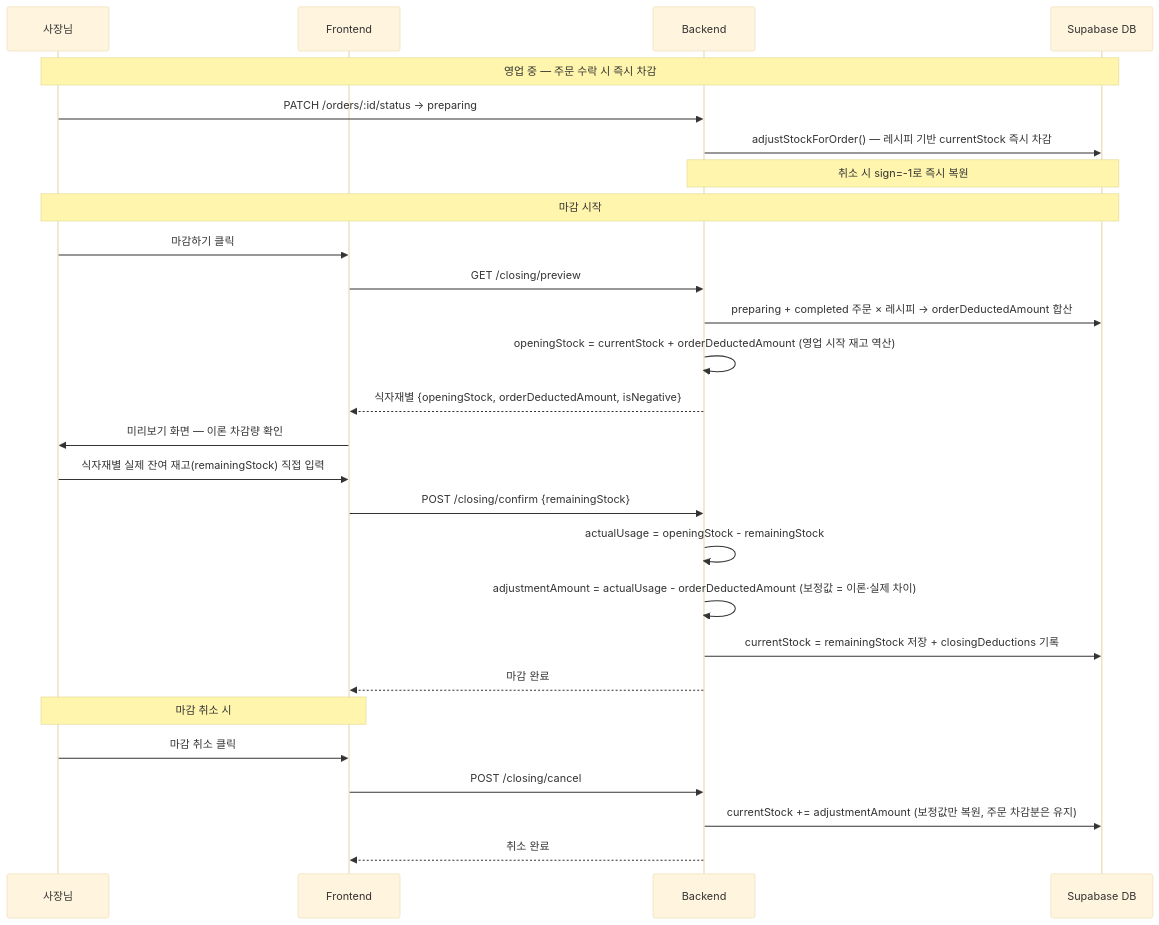
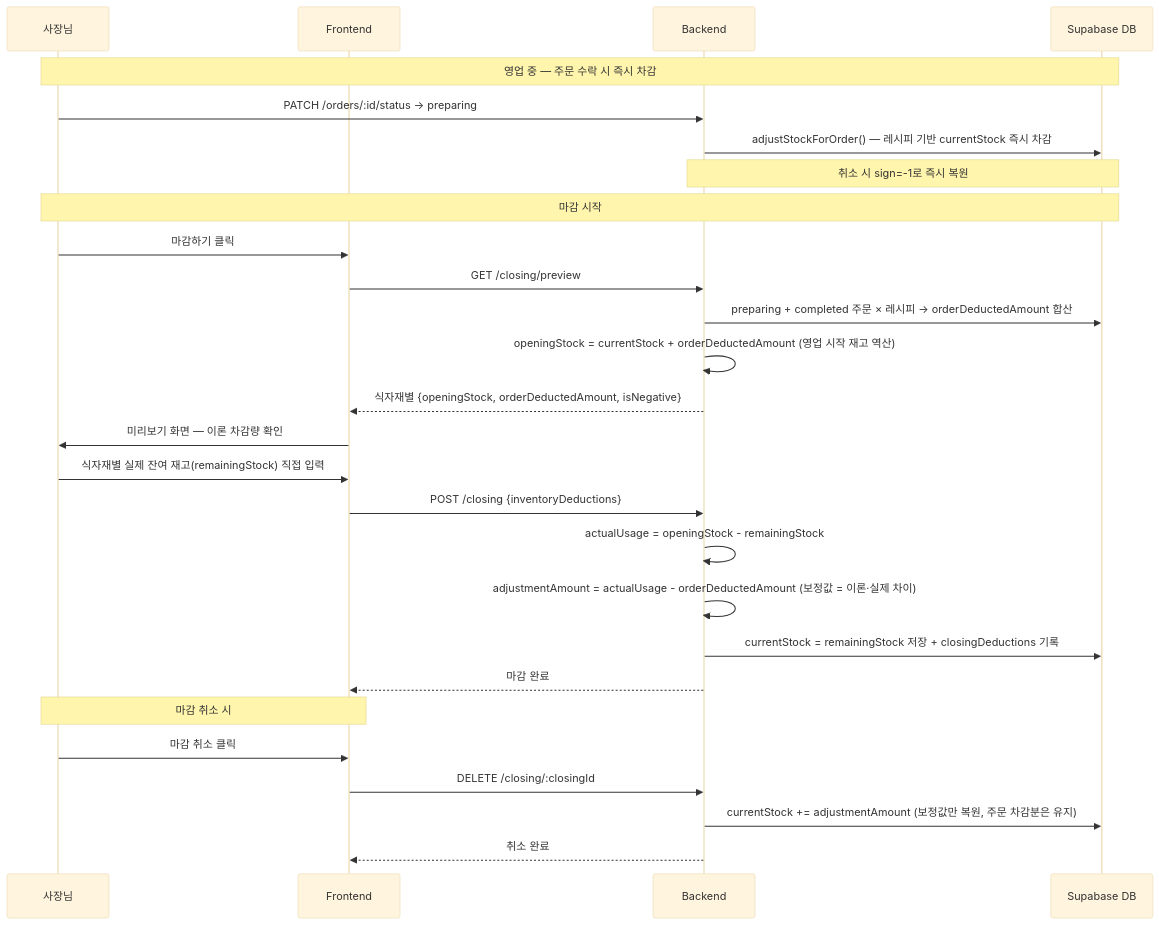
The fourth of 5 diagrams in profile/README.md (from-knu-import-potato/.github), drawn with Mermaid (base theme) before and after one commit. The commit also changed other lines of this file, not shown here.

````diff
--- a/profile/README.md
+++ b/profile/README.md
@@ -601,33 +593,33 @@
 ```mermaid
 sequenceDiagram
     participant U as 사장님
     participant F as Frontend
     participant B as Backend
     participant DB as Supabase DB
 
     Note over U,DB: 영업 중 — 주문 수락 시 즉시 차감
     U->>B: PATCH /orders/:id/status → preparing
     B->>DB: adjustStockForOrder() — 레시피 기반 currentStock 즉시 차감
     Note over B,DB: 취소 시 sign=-1로 즉시 복원
 
     Note over U,DB: 마감 시작
     U->>F: 마감하기 클릭
     F->>B: GET /closing/preview
     B->>DB: preparing + completed 주문 × 레시피 → orderDeductedAmount 합산
     B->>B: openingStock = currentStock + orderDeductedAmount (영업 시작 재고 역산)
     B-->>F: 식자재별 {openingStock, orderDeductedAmount, isNegative}
     F->>U: 미리보기 화면 — 이론 차감량 확인
 
     U->>F: 식자재별 실제 잔여 재고(remainingStock) 직접 입력
-    F->>B: POST /closing/confirm {remainingStock}
+    F->>B: POST /closing {inventoryDeductions}
     B->>B: actualUsage = openingStock - remainingStock
     B->>B: adjustmentAmount = actualUsage - orderDeductedAmount (보정값 = 이론·실제 차이)
     B->>DB: currentStock = remainingStock 저장 + closingDeductions 기록
     B-->>F: 마감 완료
 
     Note over U,F: 마감 취소 시
     U->>F: 마감 취소 클릭
-    F->>B: POST /closing/cancel
+    F->>B: DELETE /closing/:closingId
     B->>DB: currentStock += adjustmentAmount (보정값만 복원, 주문 차감분은 유지)
     B-->>F: 취소 완료
 ```
````
